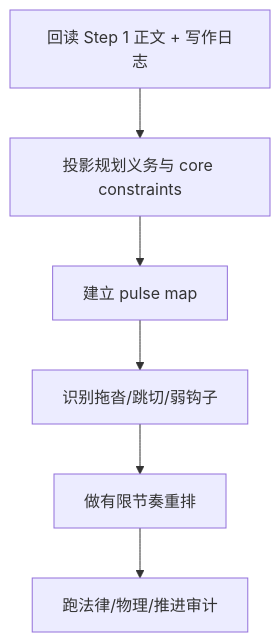
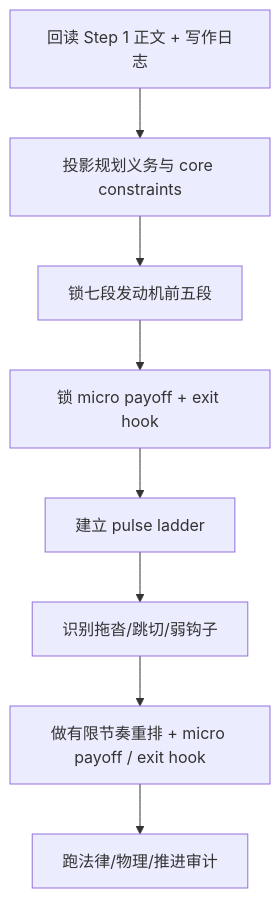
One commit to ZEN-VOID/AI-CUT changed the first of 3 diagrams in .agents/skills/story/3-Drafting/2-节奏优化/SKILL.md. Above: the diagram before and after it, drawn with Mermaid. The commit also changed other lines of this file and 332 other files, not shown here.

````diff
--- a/.agents/skills/story/3-Drafting/2-节奏优化/SKILL.md
+++ b/.agents/skills/story/3-Drafting/2-节奏优化/SKILL.md
@@ -128,8 +162,10 @@
 ```mermaid
 flowchart TD
     A["回读 Step 1 正文 + 写作日志"] --> B["投影规划义务与 core constraints"]
-    B --> C["建立 pulse map"]
-    C --> D["识别拖沓/跳切/弱钩子"]
-    D --> E["做有限节奏重排"]
-    E --> F["跑法律/物理/推进审计"]
+    B --> C["锁七段发动机前五段"]
+    C --> D["锁 micro payoff + exit hook"]
+    D --> E["建立 pulse ladder"]
+    E --> F["识别拖沓/跳切/弱钩子"]
+    F --> G["做有限节奏重排 + micro payoff / exit hook"]
+    G --> H["跑法律/物理/推进审计"]
 ```
````
